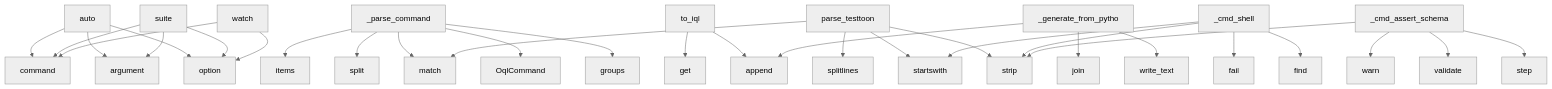
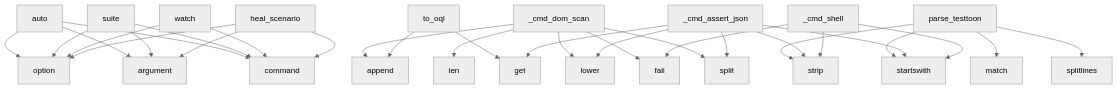
One commit to oqlos/testql changed the diagram in project/context.md. Above: the diagram before and after it, drawn with Mermaid (neutral theme). The commit also changed other lines of this file and 134 other files, not shown here.

````diff
--- a/project/context.md
+++ b/project/context.md
@@ -553,33 +641,33 @@
 ```mermaid
 graph TD
     auto --> command
     auto --> argument
     auto --> option
-    _parse_command --> items
-    _parse_command --> split
-    _parse_command --> match
-    _parse_command --> OqlCommand
-    _parse_command --> groups
-    to_iql --> get
-    to_iql --> append
+    _cmd_dom_scan --> split
+    _cmd_dom_scan --> lower
+    _cmd_dom_scan --> fail
+    _cmd_dom_scan --> append
+    _cmd_dom_scan --> len
     suite --> command
     suite --> argument
     suite --> option
+    to_oql --> get
+    to_oql --> append
     watch --> command
     watch --> option
     parse_testtoon --> splitlines
     parse_testtoon --> match
     parse_testtoon --> startswith
     parse_testtoon --> strip
-    _generate_from_pytho --> join
-    _generate_from_pytho --> write_text
-    _generate_from_pytho --> append
+    heal_scenario --> command
+    heal_scenario --> argument
+    heal_scenario --> option
+    _cmd_assert_json --> split
+    _cmd_assert_json --> startswith
+    _cmd_assert_json --> strip
+    _cmd_assert_json --> lower
+    _cmd_assert_json --> get
     _cmd_shell --> strip
     _cmd_shell --> fail
     _cmd_shell --> startswith
-    _cmd_shell --> find
-    _cmd_assert_schema --> strip
-    _cmd_assert_schema --> warn
-    _cmd_assert_schema --> validate
-    _cmd_assert_schema --> step
 ```
````
